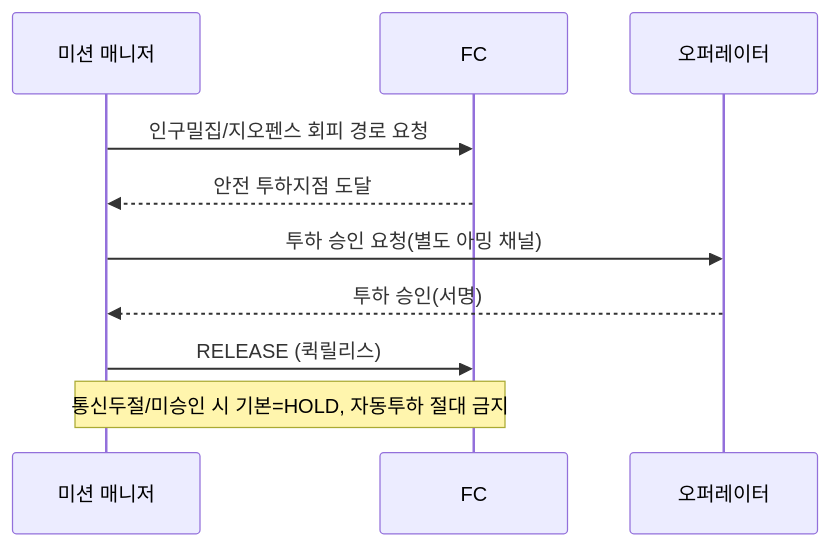
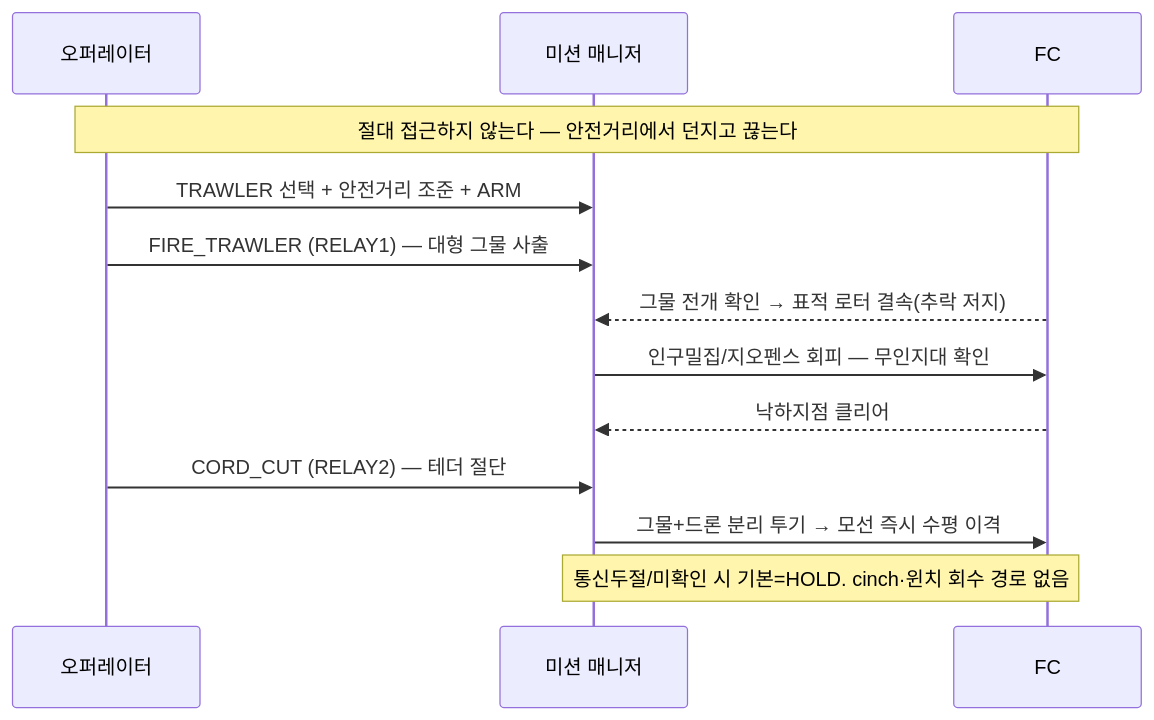
The fourth of 4 diagrams in docs/07_소프트웨어_기획.md (gkjuwon-tech/TaloNet), drawn with Mermaid before and after one commit. The commit also changed other lines of this file and 7 other files, not shown here.

First line of the commit message:
feat(cad/docs/bom): dual-net doctrine — TRAWLER stand-off net + cord-cutter

````diff
--- a/docs/07_소프트웨어_기획.md
+++ b/docs/07_소프트웨어_기획.md
@@ -119,12 +121,15 @@
 ```mermaid
 sequenceDiagram
+    participant OP as 오퍼레이터
     participant MM as 미션 매니저
     participant FC as FC
-    participant OP as 오퍼레이터
-    MM->>FC: 인구밀집/지오펜스 회피 경로 요청
-    FC-->>MM: 안전 투하지점 도달
-    MM->>OP: 투하 승인 요청(별도 아밍 채널)
-    OP-->>MM: 투하 승인(서명)
-    MM->>FC: RELEASE (퀵릴리스)
-    Note over MM,FC: 통신두절/미승인 시 기본=HOLD, 자동투하 절대 금지
+    Note over OP,FC: 절대 접근하지 않는다 — 안전거리에서 던지고 끊는다
+    OP->>MM: TRAWLER 선택 + 안전거리 조준 + ARM
+    OP->>MM: FIRE_TRAWLER (RELAY1) — 대형 그물 사출
+    FC-->>MM: 그물 전개 확인 → 표적 로터 결속(추락 저지)
+    MM->>FC: 인구밀집/지오펜스 회피 — 무인지대 확인
+    FC-->>MM: 낙하지점 클리어
+    OP->>MM: CORD_CUT (RELAY2) — 테더 절단
+    MM->>FC: 그물+드론 분리 투기 → 모선 즉시 수평 이격
+    Note over MM,FC: 통신두절/미확인 시 기본=HOLD. cinch·윈치 회수 경로 없음
 ```
````
